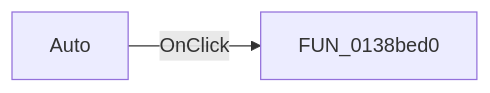
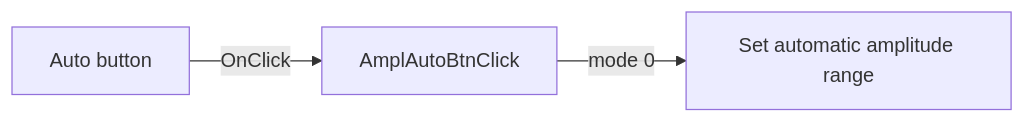
Before and after one commit to MovGP0/TIARA: the diagram in docs/ui-controls/signalanalyzerwin/amplautobtn-6302edebe9.md, drawn with Mermaid. The commit also changed other lines of this file and 1062 other files, not shown here.

````diff
--- a/docs/ui-controls/signalanalyzerwin/amplautobtn-6302edebe9.md
+++ b/docs/ui-controls/signalanalyzerwin/amplautobtn-6302edebe9.md
@@ -27,4 +29,5 @@
 ```mermaid
 flowchart LR
-    control["Auto"] -->|OnClick| handler["FUN_0138bed0"]
+    control["Auto button"] -->|OnClick| handler["AmplAutoBtnClick"]
+    handler -->|mode 0| backend["Set automatic amplitude range"]
 ```
````
